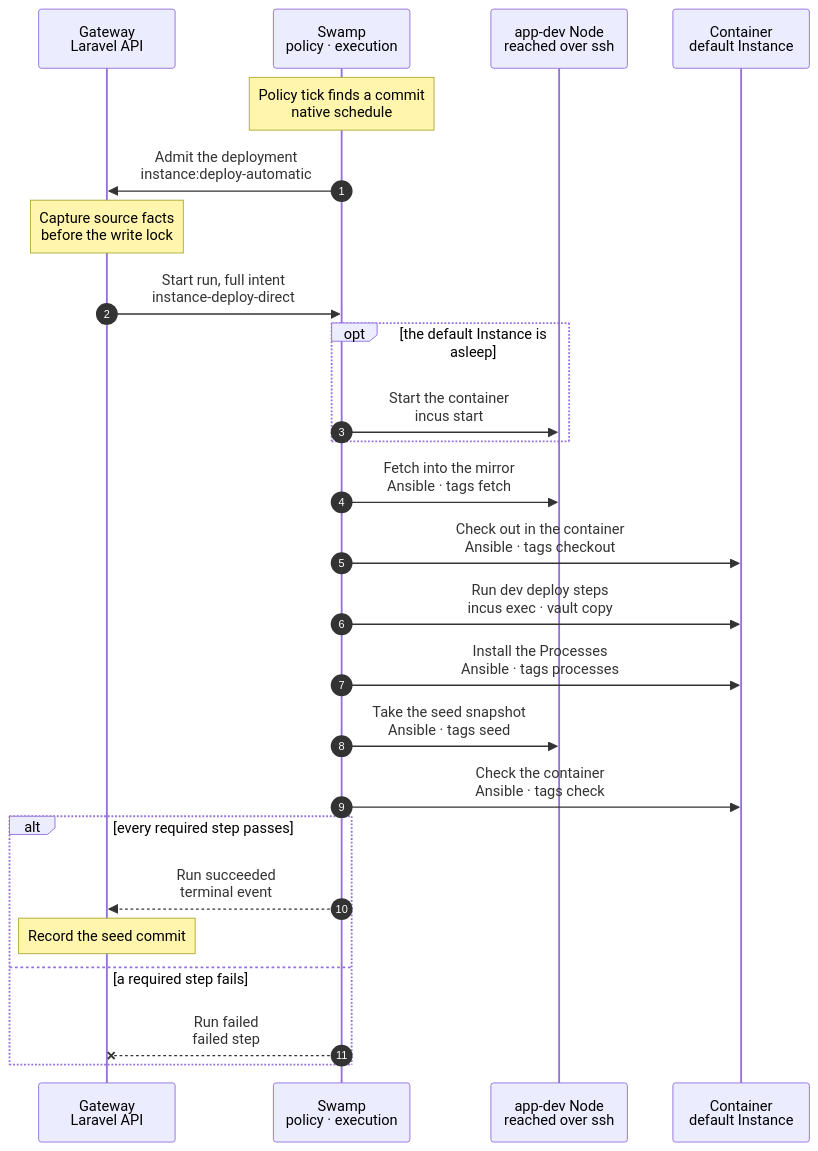
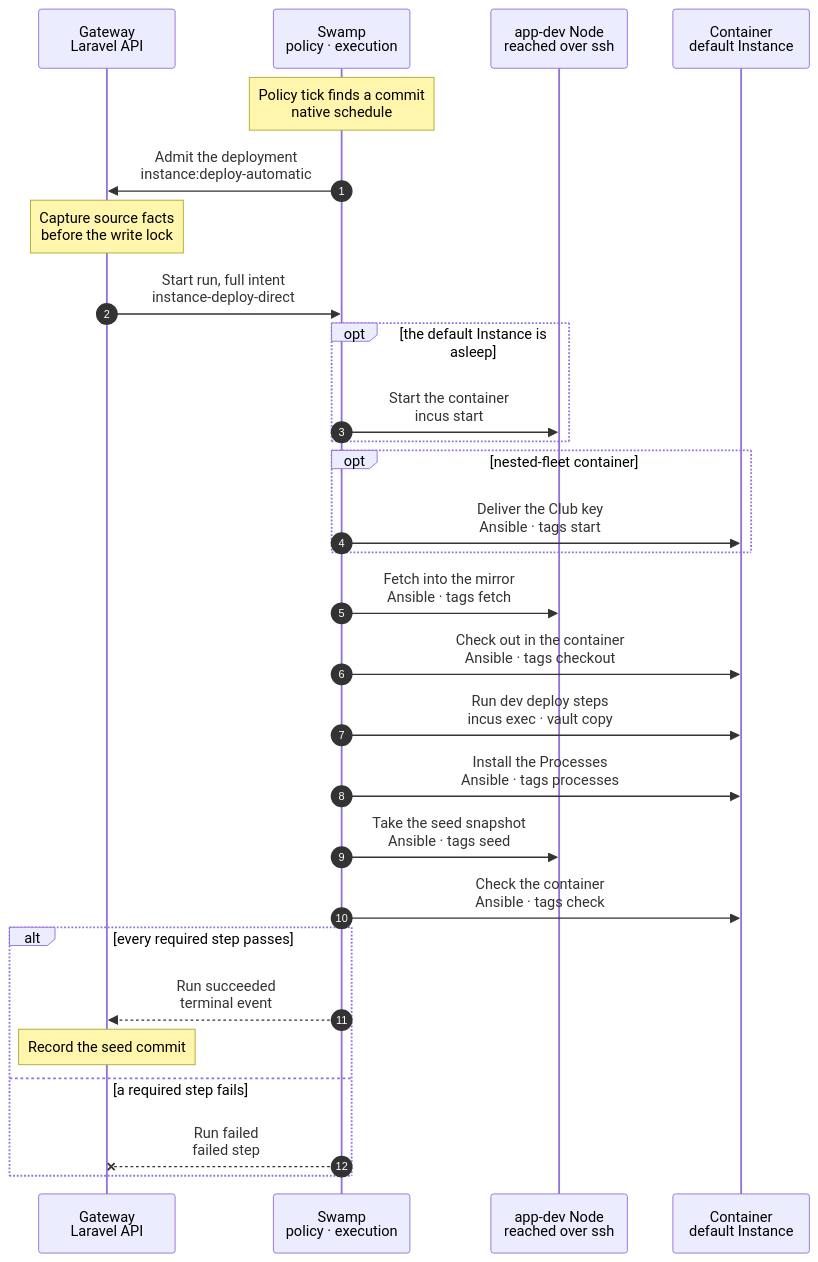
One commit to hardimpactdev/orbit changed the diagram in docs/cli/instance/container/deploy-default.mmd. Above: the diagram before and after it, drawn with Mermaid. The commit also changed 35 other files, not shown here.

First line of the commit message:
feat(instances): deliver the nested Gateway's Club key at each start, into /run

```diff
--- a/docs/cli/instance/container/deploy-default.mmd
+++ b/docs/cli/instance/container/deploy-default.mmd
@@ -1,63 +1,69 @@
 sequenceDiagram
   %% Target design, container runtime (ADR 0250 step 3, docs/reference/development-containers.md#the-default-instance): the automatic development deployment of docs/reference/deployments.md, in the default Instance's container. Swamp's policy finds the commit when its shared producer is active; the Gateway admits the deployment and records its result. When the charts move into place, this becomes the development branch of the deploy chart.
   %% Delivered state, 2026-11-11: the independent development tick (#3331) was reverted. Development auto-deploy stays in the shared automatic-deploy producer and depends on its policy setting. A Gateway release does not deploy development defaults. A clone starts at the last successfully deployed seed; instance:deploy on the container default explicitly refreshes it. The independent container-default policy remains the target.
   %% status: draft
   %% command: none · automatic deployment policy
   %% kind: instance.deploy
   autonumber
   %% lane GW icon=gateway pill=intent tone=blue
   %% lane SW icon=workflow pill=executes tone=green
   %% lane N icon=server pill=target tone=amber
   %% lane C icon=server pill=target tone=purple
   participant GW as Gateway<br/>Laravel API
   participant SW as Swamp<br/>policy · execution
   participant N as app-dev Node<br/>reached over ssh
   participant C as Container<br/>default Instance
   Note over SW: Policy tick finds a commit<br/>native schedule
   %%> What it does:
   %%> - Swamp's automatic deployment policy reads the default branch head and the checks, as it does today; it owns discovery, backoff and the retry limit
   SW->>GW: Admit the deployment<br/>instance:deploy-automatic
   %%> What it does:
   %%> - the Gateway admits `instance.deploy` for that exact commit, with the Instance lock and a repository read token in the vault
   Note over GW: Capture source facts<br/>before the write lock
   %%> What it does:
   %%> - reads before the write transaction; admission rechecks eligibility, source configuration and idempotency before recording facts; see /reference/deployments#container-source-facts
   %%> - refuses admission when capture or source classification fails
   GW->>SW: Start run, full intent<br/>instance-deploy-direct
   opt the default Instance is asleep
     SW->>N: Start the container<br/>incus start
+  end
+  opt nested-fleet container
+    SW->>C: Deliver the Club key<br/>Ansible · tags start
+    %%> What it does:
+    %%> - pipelined module stdin into the container's /run (a tmpfs, never a snapshot), before any check of the inner fleet
+    %%> - without a vault copy the container runs without the key; the Operation's input says `nested_fleet_club_key: missing`
   end
   SW->>N: Fetch into the mirror<br/>Ansible · tags fetch
   %%> What it does:
   %%> - fetches into the Node's mirror and pushes the branch into the container as a bundle; the token never enters the container
   %%> - a pinned commit off the branch's first-parent chain refuses `deployment.commit_not_on_branch`
   SW->>C: Check out in the container<br/>Ansible · tags checkout
   %%> What it does:
   %%> - the same checks as a checkout default: a dirty tree refuses `deployment.checkout_dirty`, a diverged branch `deployment.branch_diverged`
   SW->>C: Run dev deploy steps<br/>incus exec · vault copy
   %%> What it does:
   %%> - the Project's development deploy steps, as `orbit`: they install changed dependencies and migrate
   SW->>C: Install the Processes<br/>Ansible · tags processes
   %%> What it does:
   %%> - installs the Project's new and changed development Process definitions as `orbit-*` units, with their environment files from the vault
   %%> - restarts a changed unit and removes a former environment file
   SW->>N: Take the seed snapshot<br/>Ansible · tags seed
   %%> - prepares a Node/Vite default’s private Node store as orbit before the existing snapshot stop/start boundary; this conversion itself never restarts a Process
   %%> - a converted store requires a new seed even at the same commit, so clones inherit it; older seeds remain slower but correct until the explicit deploy refreshes them
   %%> What it does:
   %%> - stops the default's Processes for a moment, snapshots the container and starts them again, so clones copy no half-written file
   %%> - deletes older seed snapshots that no clone uses
   %%> - starting the units again restarts every running Process on the new commit, such as a queue worker
   SW->>C: Check the container<br/>Ansible · tags check
   %%> What it does:
   %%> - the branch is checked out at the commit and the units are active, else `deployment.branch_changed` or `deployment.processes_inactive`
   alt every required step passes
     SW-->>GW: Run succeeded<br/>terminal event
     Note over GW: Record the seed commit
     %%> Result:
     %%> - new clones start at this snapshot; existing clones do not change
   else a required step fails
     SW--xGW: Run failed<br/>failed step
     %%> Result:
     %%> - no new seed snapshot is taken, so clones keep starting at the last commit that deployed; Swamp's policy retries after its backoff
   end
```
